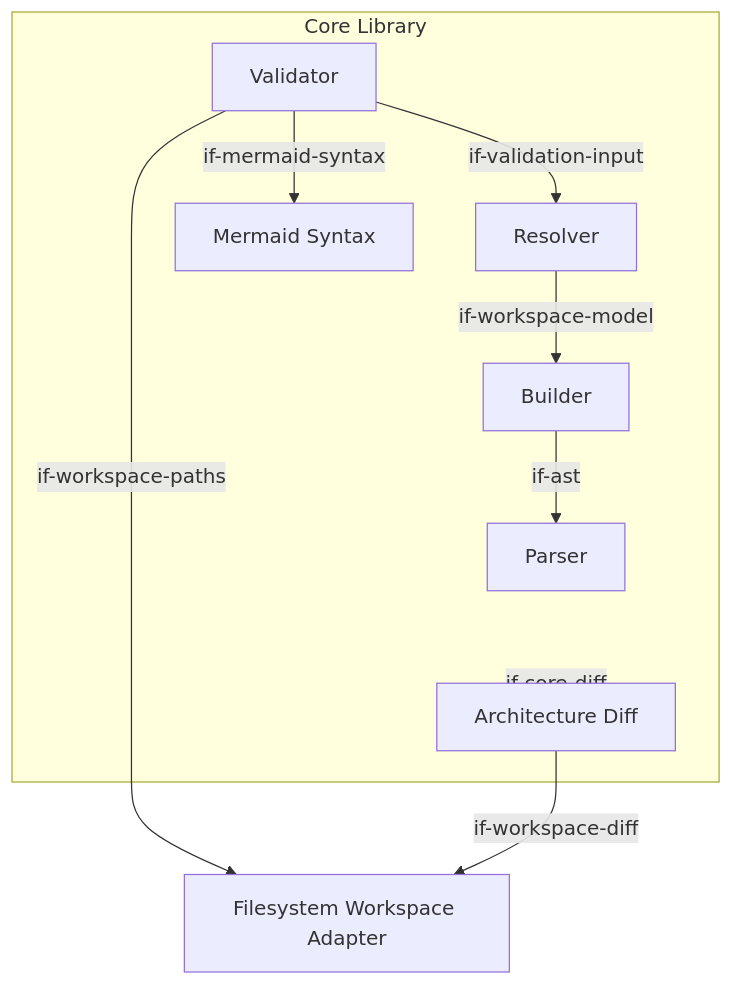
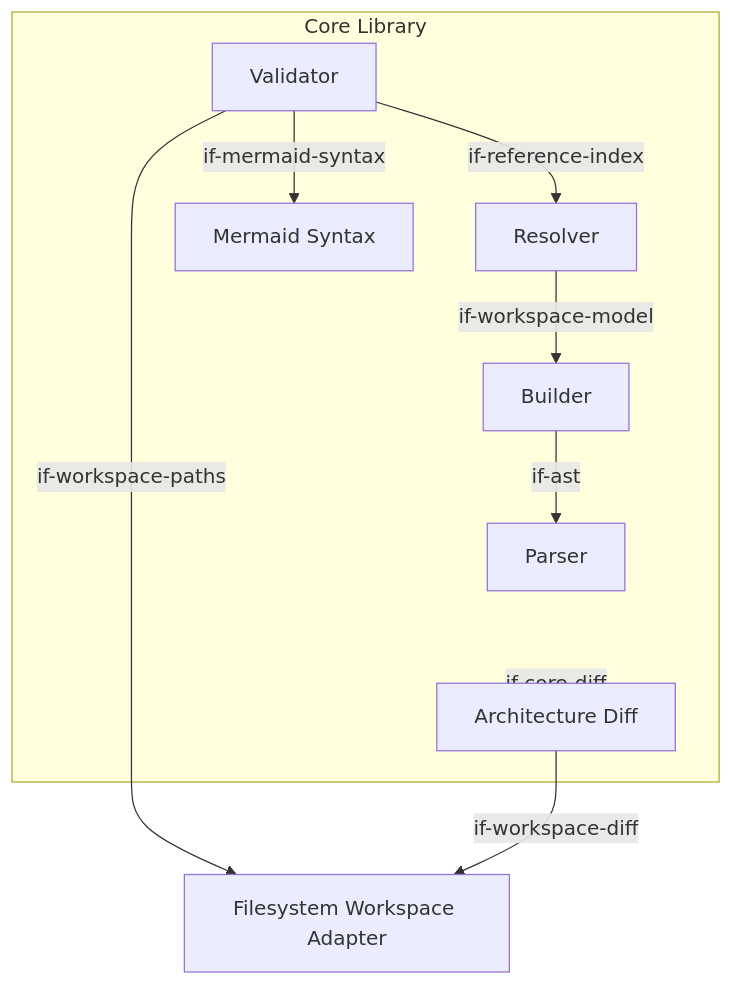
One commit to docToolchain/arc42-language changed the second of 3 diagrams in docs/arc42/05-building-blocks.arc42.md. Above: the diagram before and after it, drawn with Mermaid. The commit also changed other lines of this file and 1 other file, not shown here.

````diff
--- a/docs/arc42/05-building-blocks.arc42.md
+++ b/docs/arc42/05-building-blocks.arc42.md
@@ -72,20 +72,20 @@
 ```mermaid
 graph TD
     subgraph bb-core["Core Library"]
         bb-parser["Parser"]
         bb-builder["Builder"]
         bb-resolver["Resolver"]
         bb-validator["Validator"]
         bb-diff["Architecture Diff"]
         bb-mermaid["Mermaid Syntax"]
     end
     bb-workspace-fs["Filesystem Workspace Adapter"]
 
     bb-builder -->|"if-ast"| bb-parser
     bb-resolver -->|"if-workspace-model"| bb-builder
-    bb-validator -->|"if-validation-input"| bb-resolver
+    bb-validator -->|"if-reference-index"| bb-resolver
     bb-validator -->|"if-workspace-paths"| bb-workspace-fs
     bb-diff -->|"if-workspace-diff"| bb-workspace-fs
     bb-core -->|"if-core-diff"| bb-diff
     bb-validator -->|"if-mermaid-syntax"| bb-mermaid
 ```
````
